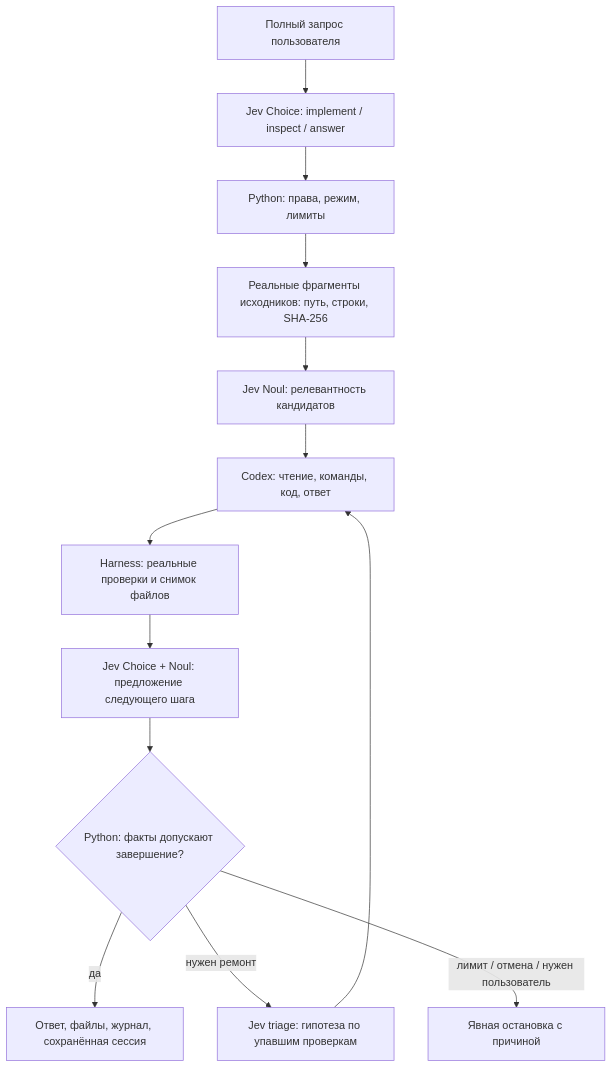
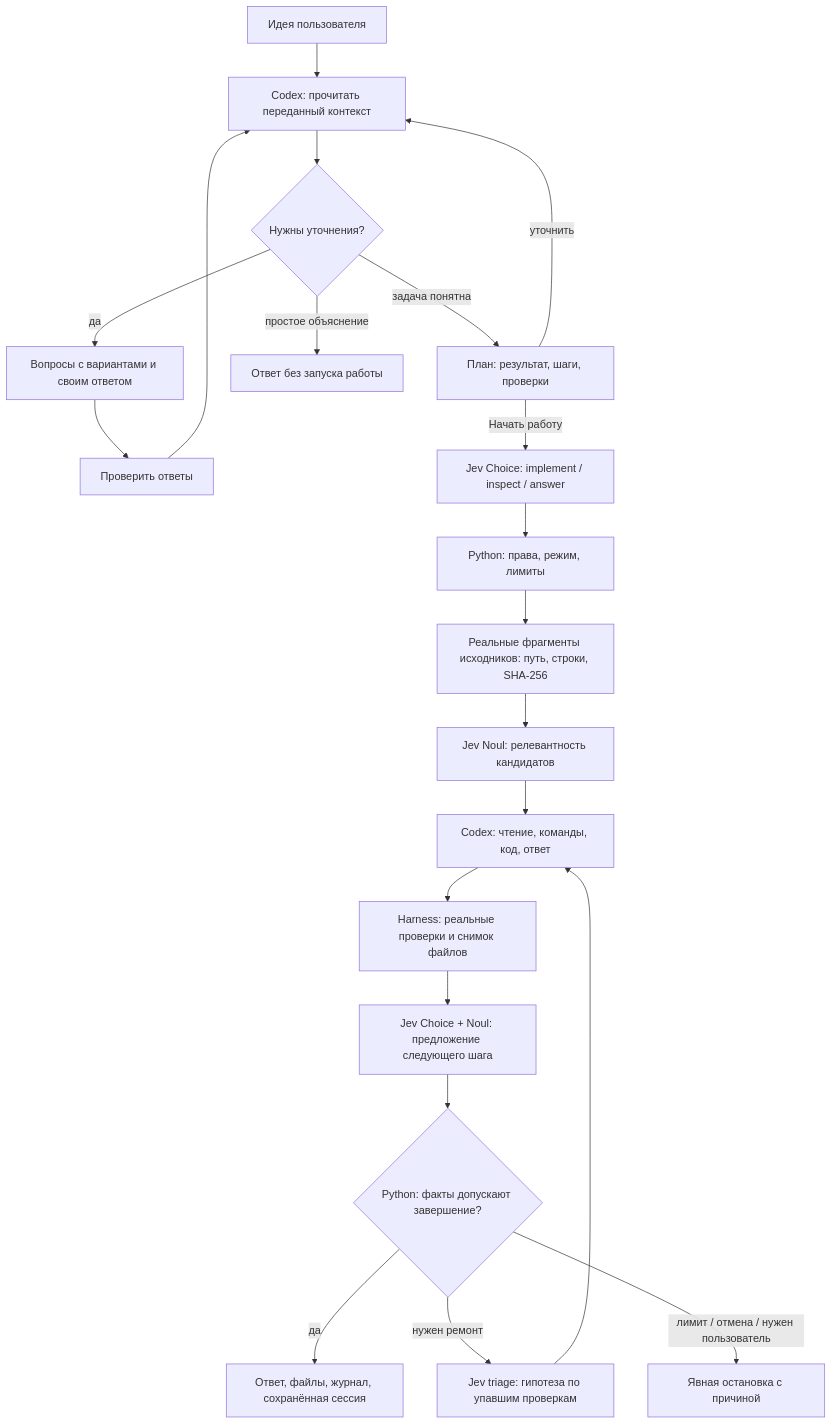
The diagram in terminal-agent/ARTICLE-TERMINAL-V2.md (Archive228/jev-harness-engineering), drawn with Mermaid before and after one commit. The commit also changed other lines of this file and 157 other files, not shown here.

````diff
--- a/terminal-agent/ARTICLE-TERMINAL-V2.md
+++ b/terminal-agent/ARTICLE-TERMINAL-V2.md
@@ -50,15 +91,23 @@
 ```mermaid
 flowchart TD
-    U[Полный запрос пользователя] --> R[Jev Choice: implement / inspect / answer]
+    U[Идея пользователя] --> I[Codex: прочитать переданный контекст]
+    I --> Q{Нужны уточнения?}
+    Q -->|да| A[Вопросы с вариантами и своим ответом]
+    A --> B[Проверить ответы]
+    B --> I
+    Q -->|задача понятна| L[План: результат, шаги, проверки]
+    Q -->|простое объяснение| E[Ответ без запуска работы]
+    L -->|уточнить| I
+    L -->|Начать работу| R[Jev Choice: implement / inspect / answer]
     R --> P[Python: права, режим, лимиты]
     P --> C[Реальные фрагменты исходников: путь, строки, SHA-256]
     C --> J[Jev Noul: релевантность кандидатов]
     J --> W[Codex: чтение, команды, код, ответ]
     W --> T[Harness: реальные проверки и снимок файлов]
     T --> V[Jev Choice + Noul: предложение следующего шага]
     V --> H{Python: факты допускают завершение?}
     H -->|да| D[Ответ, файлы, журнал, сохранённая сессия]
     H -->|нужен ремонт| F[Jev triage: гипотеза по упавшим проверкам]
     F --> W
     H -->|лимит / отмена / нужен пользователь| S[Явная остановка с причиной]
 ```
````
